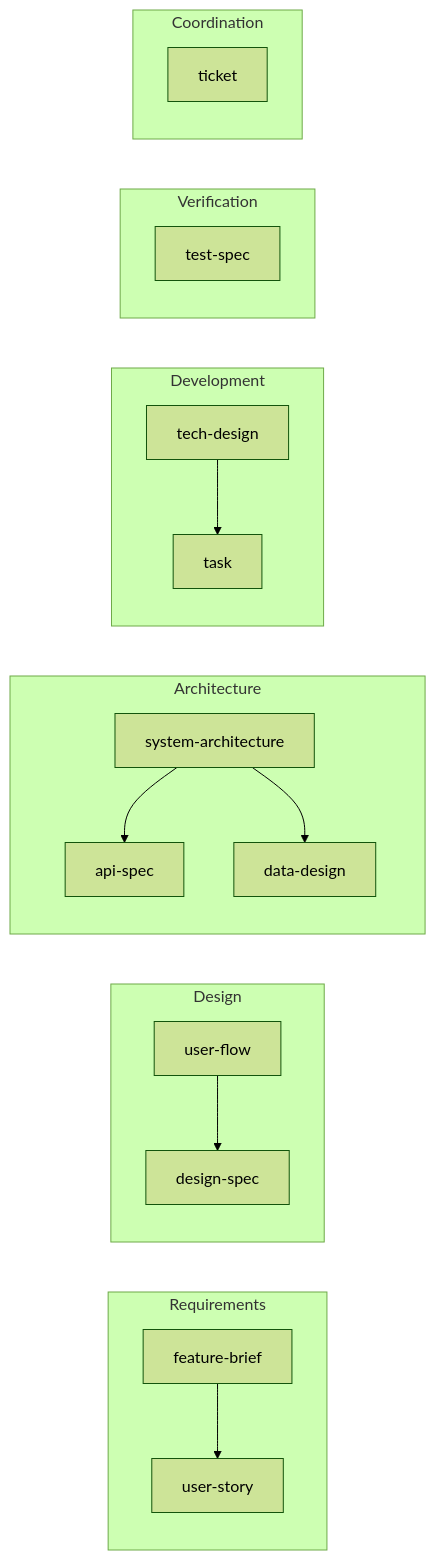
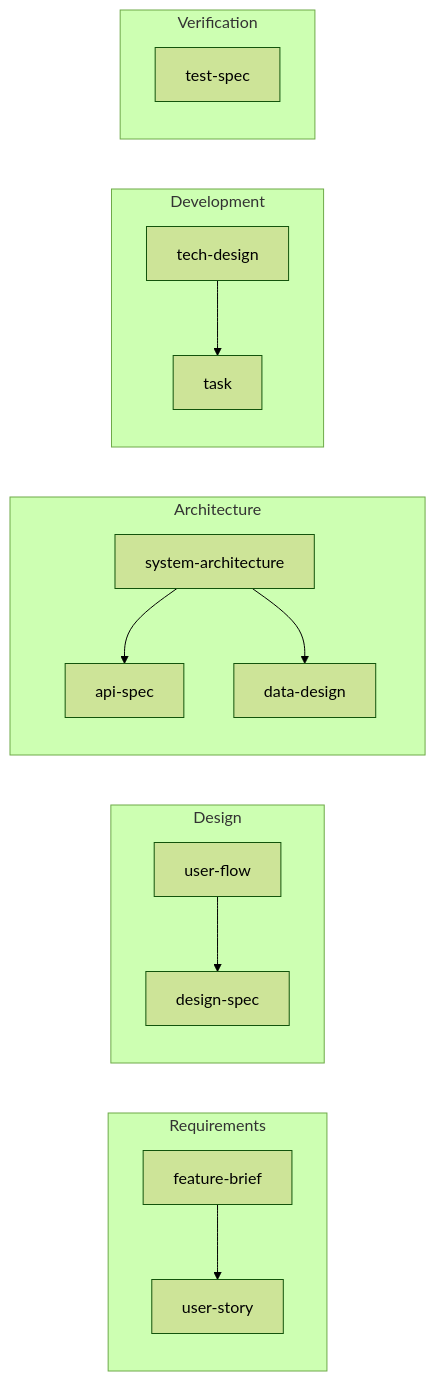
The second of 2 diagrams in reference/artifact-dep-graph.md (clitetailor/artifact-driven-development), drawn with Mermaid (forest theme) before and after one commit. The commit also changed other lines of this file and 8 other files, not shown here.

````diff
--- a/reference/artifact-dep-graph.md
+++ b/reference/artifact-dep-graph.md
@@ -42,22 +41,19 @@
 ```mermaid
 graph LR
     subgraph REQ[Requirements]
         FB[feature-brief] --> STORY[user-story]
     end
     subgraph DES[Design]
         UF[user-flow] --> DS[design-spec]
     end
     subgraph ARC[Architecture]
         SA[system-architecture] --> API[api-spec]
         SA --> DD[data-design]
     end
     subgraph DEV[Development]
         TD[tech-design] --> TASK[task]
     end
     subgraph VER[Verification]
         TS[test-spec]
     end
-    subgraph COORD[Coordination]
-        TICKET[ticket]
-    end
 ```
````
